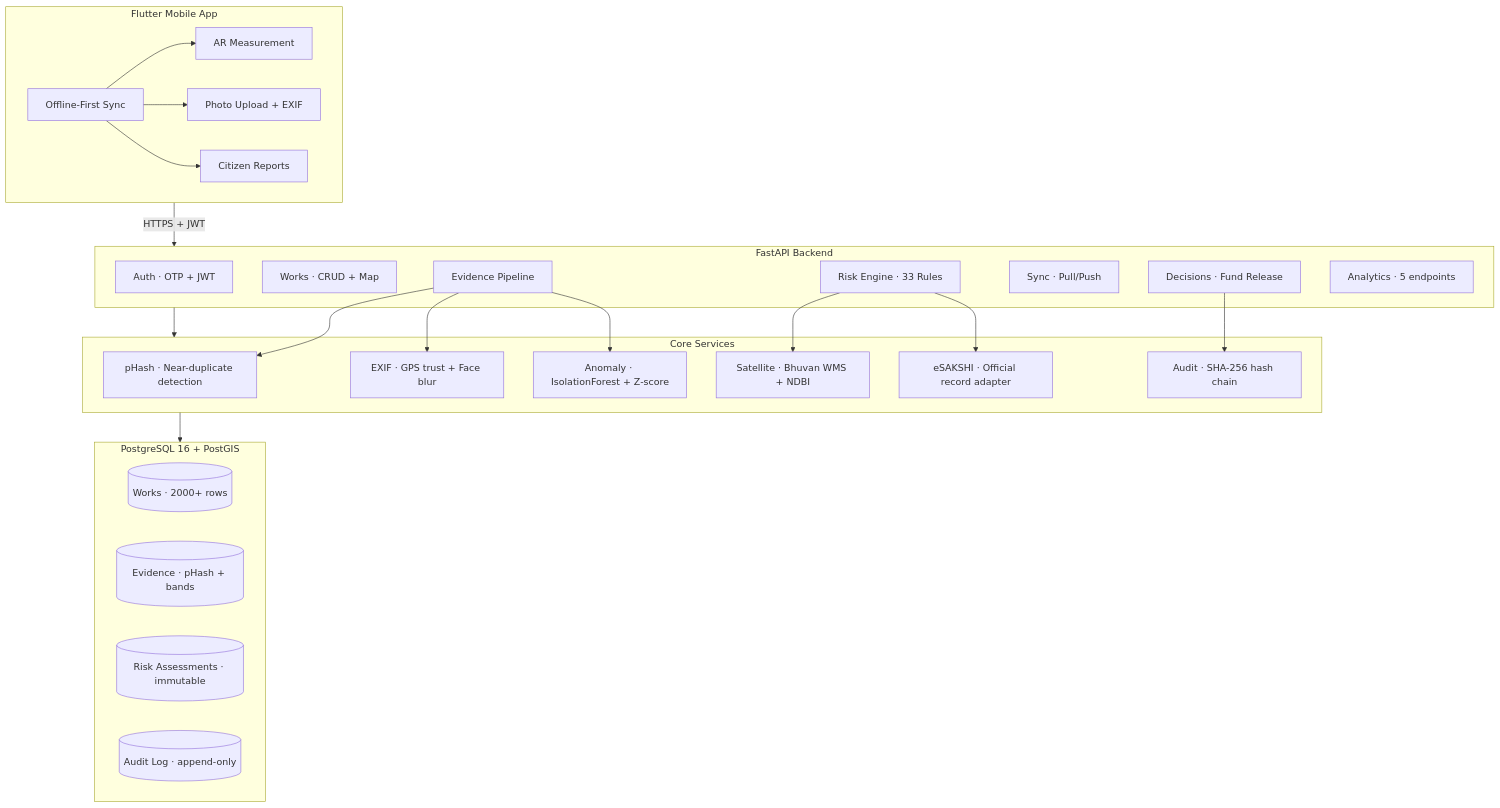
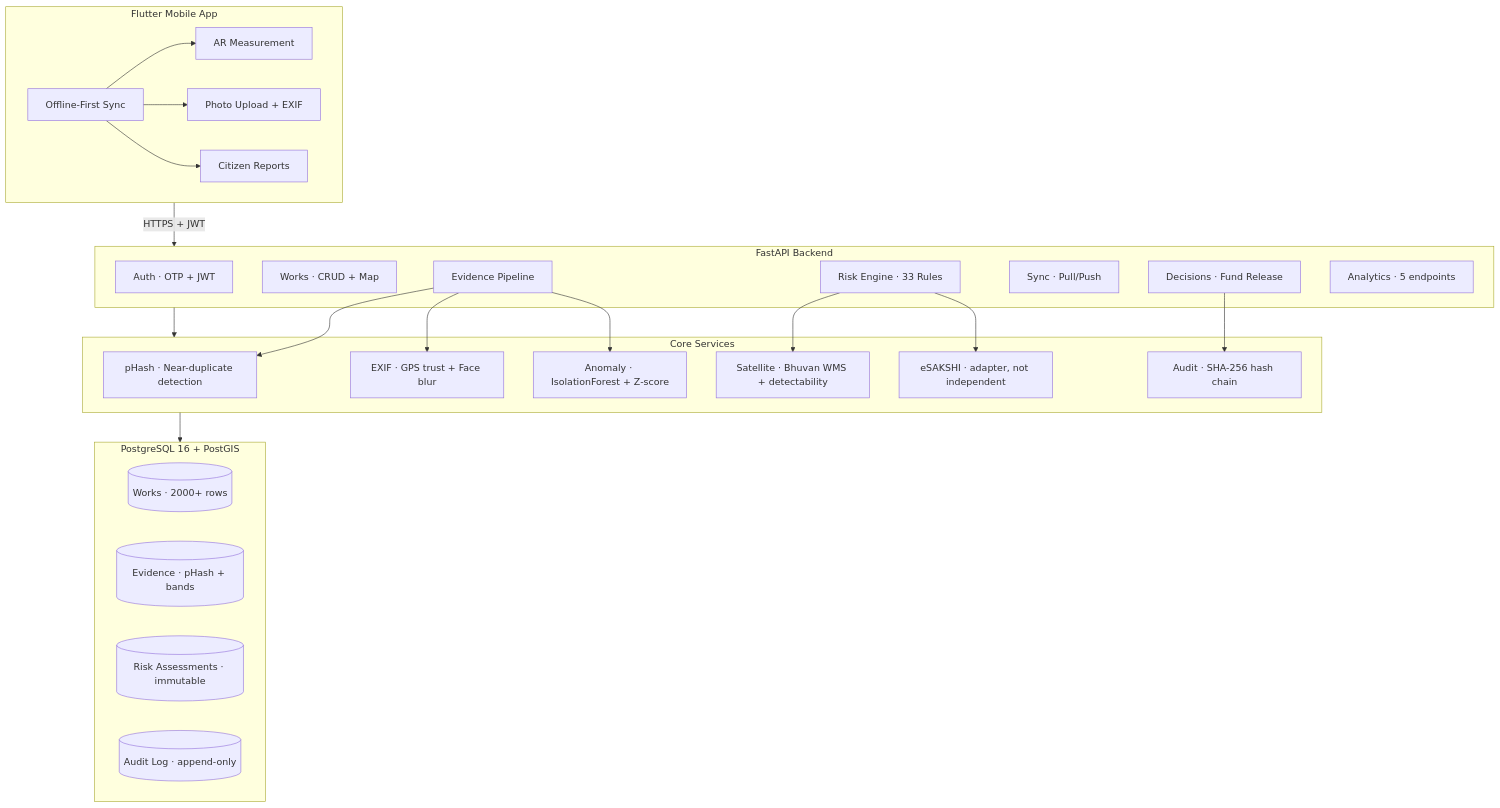
One commit to utkarsh684/MPLAD-SATYA changed the first of 5 diagrams in README.md. Above: the diagram before and after it, drawn with Mermaid. The commit also changed other lines of this file, not shown here.

````diff
--- a/README.md
+++ b/README.md
@@ -50,41 +125,41 @@
 ```mermaid
 graph TB
     subgraph Client["Flutter Mobile App"]
         A[Offline-First Sync] --> B[AR Measurement]
         A --> C[Photo Upload + EXIF]
         A --> D[Citizen Reports]
     end
 
     subgraph API["FastAPI Backend"]
         E[Auth · OTP + JWT]
         F[Works · CRUD + Map]
         G[Risk Engine · 33 Rules]
         H[Evidence Pipeline]
         I[Sync · Pull/Push]
         J[Decisions · Fund Release]
         K[Analytics · 5 endpoints]
     end
 
     subgraph Services["Core Services"]
         L[pHash · Near-duplicate detection]
         M[EXIF · GPS trust + Face blur]
         N[Anomaly · IsolationForest + Z-score]
-        O[Satellite · Bhuvan WMS + NDBI]
-        P[eSAKSHI · Official record adapter]
+        O[Satellite · Bhuvan WMS + detectability]
+        P[eSAKSHI · adapter, not independent]
         Q[Audit · SHA-256 hash chain]
     end
 
     subgraph Data["PostgreSQL 16 + PostGIS"]
         R[(Works · 2000+ rows)]
         S[(Evidence · pHash + bands)]
         T[(Risk Assessments · immutable)]
         U[(Audit Log · append-only)]
     end
 
     Client -->|HTTPS + JWT| API
     API --> Services
     Services --> Data
     H --> L & M & N
     G --> O & P
     J --> Q
 ```
````
